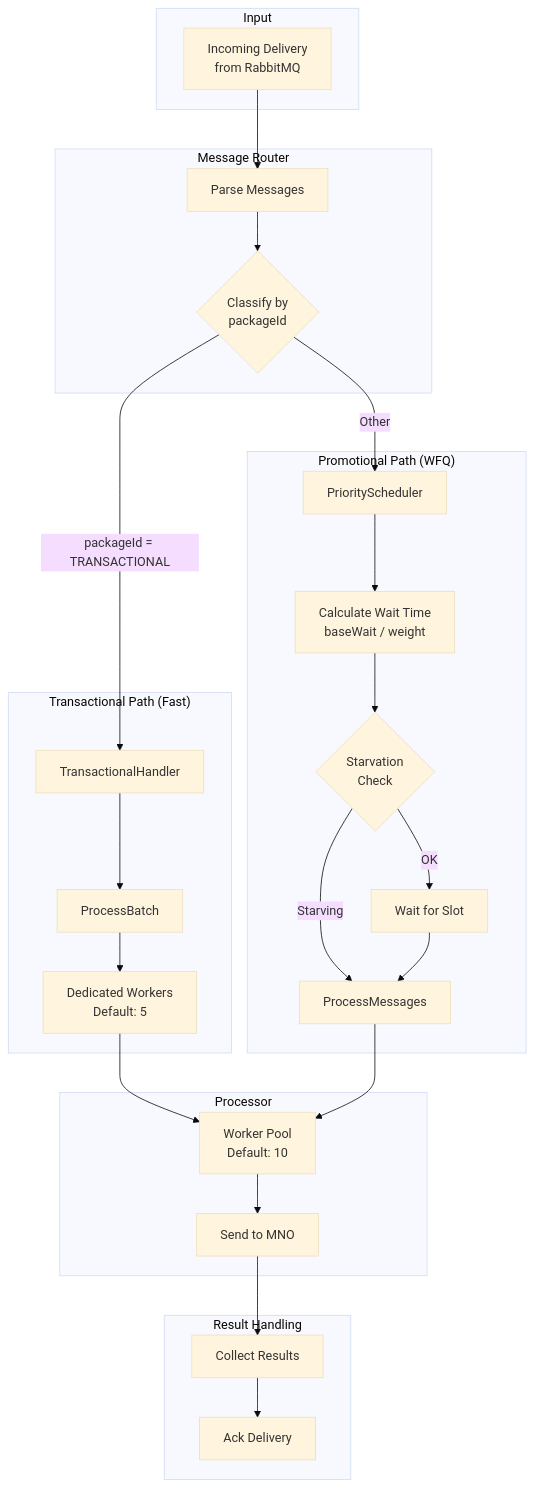
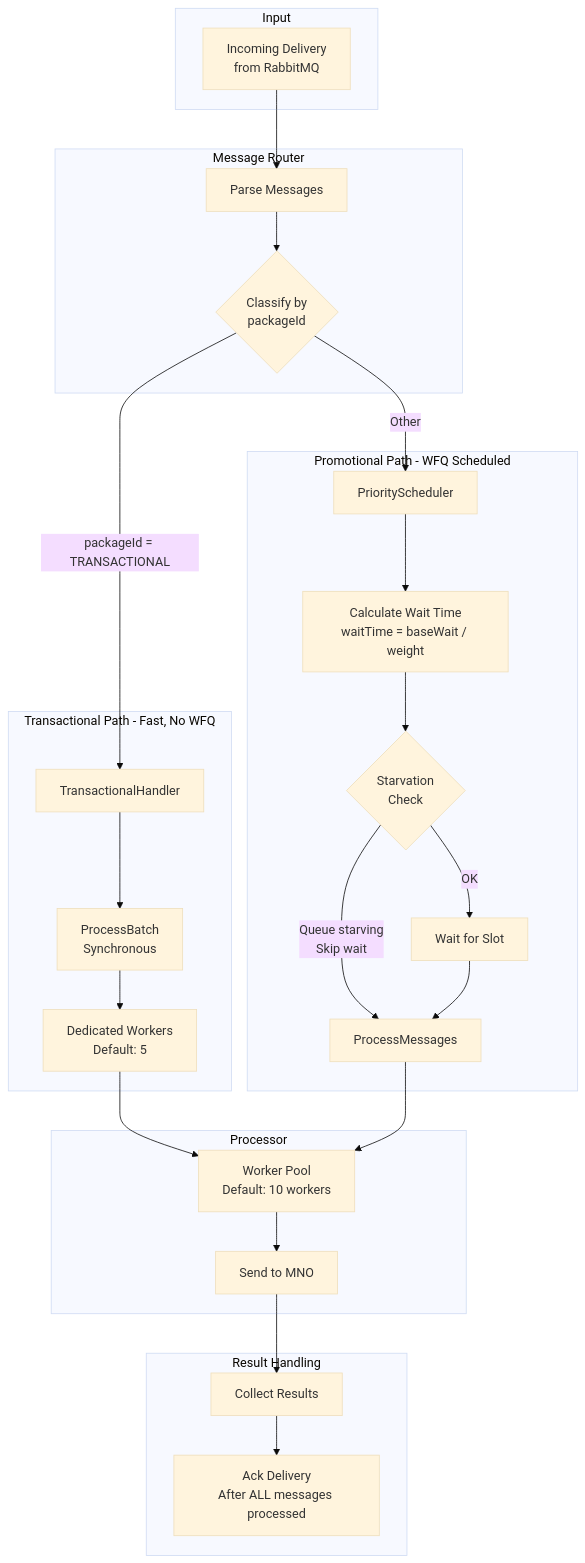
The fifth of 18 diagrams in docs/architecture.md (ElMonstro/sms-mno-gateway), drawn with Mermaid (base theme) before and after one commit. The commit also changed other lines of this file, not shown here.

````diff
--- a/docs/architecture.md
+++ b/docs/architecture.md
@@ -438,58 +453,58 @@
 ```mermaid
 flowchart TB
     subgraph "Input"
         DELIVERY[Incoming Delivery<br/>from RabbitMQ]
     end
 
     subgraph "Message Router"
         PARSE[Parse Messages]
         CLASSIFY{Classify by<br/>packageId}
 
         PARSE --> CLASSIFY
     end
 
-    subgraph "Transactional Path (Fast)"
+    subgraph "Transactional Path - Fast, No WFQ"
         TX_HANDLER[TransactionalHandler]
-        TX_BATCH[ProcessBatch]
+        TX_BATCH[ProcessBatch<br/>Synchronous]
         TX_POOL[Dedicated Workers<br/>Default: 5]
 
         TX_HANDLER --> TX_BATCH
         TX_BATCH --> TX_POOL
     end
 
-    subgraph "Promotional Path (WFQ)"
+    subgraph "Promotional Path - WFQ Scheduled"
         SCHEDULER[PriorityScheduler]
-        WFQ_CALC[Calculate Wait Time<br/>baseWait / weight]
+        WFQ_CALC[Calculate Wait Time<br/>waitTime = baseWait / weight]
         STARVE_CHECK{Starvation<br/>Check}
         WAIT[Wait for Slot]
         PROCESS[ProcessMessages]
 
         SCHEDULER --> WFQ_CALC
         WFQ_CALC --> STARVE_CHECK
-        STARVE_CHECK -->|Starving| PROCESS
+        STARVE_CHECK -->|Queue starving<br/>Skip wait| PROCESS
         STARVE_CHECK -->|OK| WAIT
         WAIT --> PROCESS
     end
 
     subgraph "Processor"
-        WORKER_POOL[Worker Pool<br/>Default: 10]
+        WORKER_POOL[Worker Pool<br/>Default: 10 workers]
         MNO_SEND[Send to MNO]
 
         WORKER_POOL --> MNO_SEND
     end
 
     subgraph "Result Handling"
         RESULT[Collect Results]
-        ACK[Ack Delivery]
+        ACK[Ack Delivery<br/>After ALL messages processed]
     end
 
     DELIVERY --> PARSE
     CLASSIFY -->|packageId = TRANSACTIONAL| TX_HANDLER
     CLASSIFY -->|Other| SCHEDULER
 
     TX_POOL --> WORKER_POOL
     PROCESS --> WORKER_POOL
 
     MNO_SEND --> RESULT
     RESULT --> ACK
 ```
````
